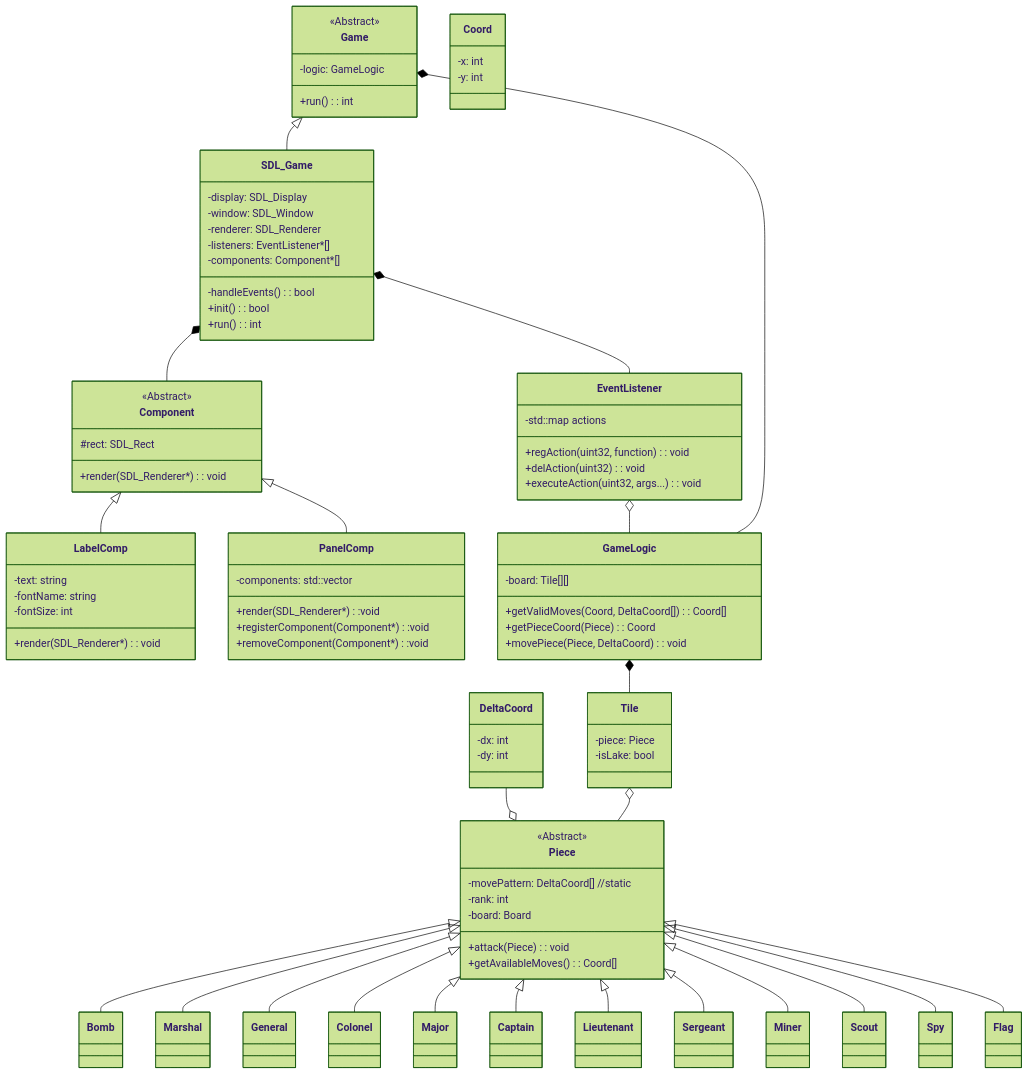
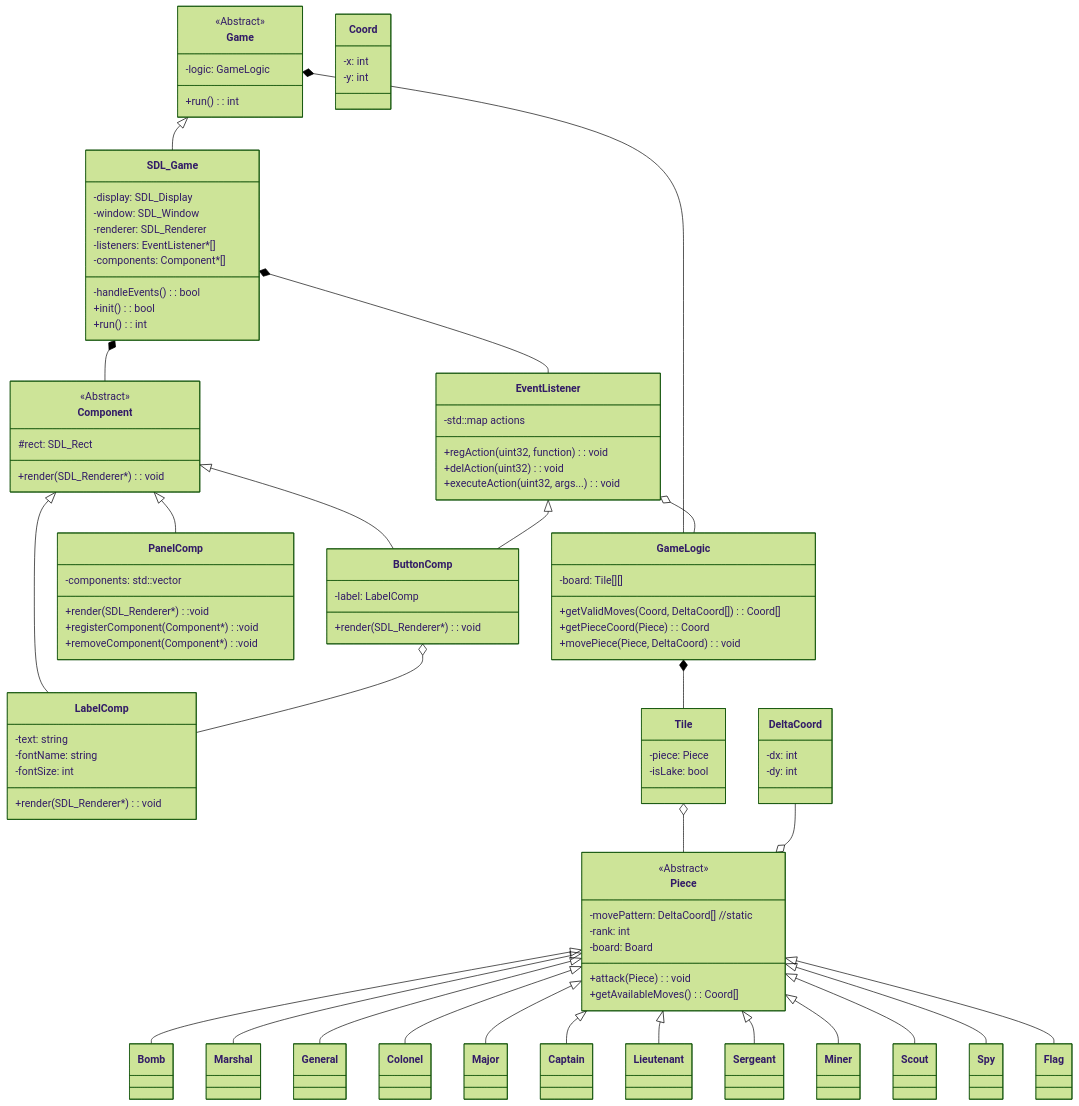
The sixth of 6 diagrams in README.md (Tomocza/cpp-stratego), drawn with Mermaid (forest theme) before and after one commit.

Commit message:
update UML

```diff
--- a/README.md
+++ b/README.md
@@ -188,6 +188,11 @@
   -text: string
   -fontName: string
   -fontSize: int
+}
+
+class ButtonComp{
+  +render(SDL_Renderer*): void
+  -label: LabelComp
 }
 
 class PanelComp{
@@ -266,6 +271,9 @@
 
 Component <|-- PanelComp
 Component <|-- LabelComp
+Component <|-- ButtonComp
+EventListener <|-- ButtonComp
+ButtonComp o-- LabelComp
 SDL_Game *-- Component
 
 GameLogic *-- Tile
```
